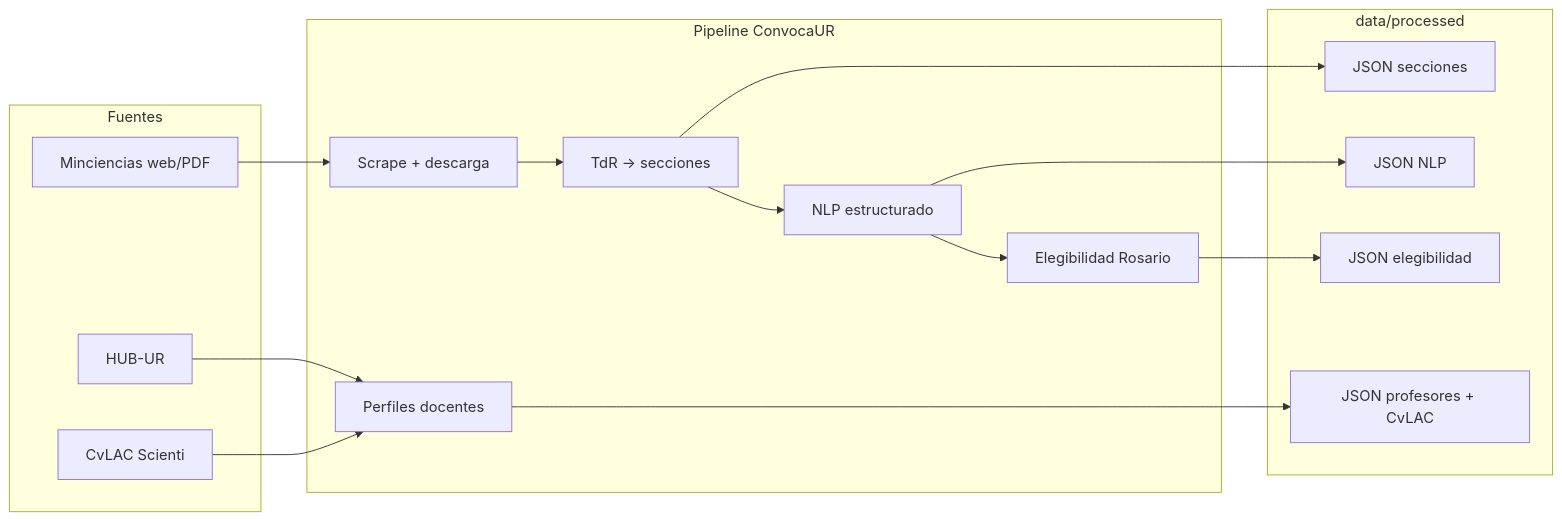
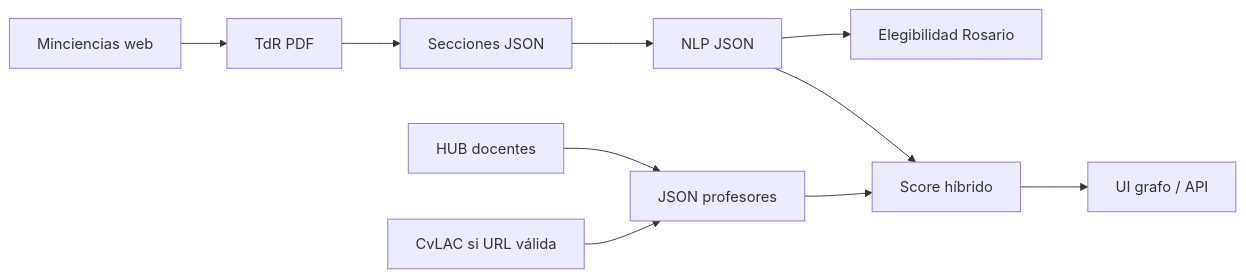
The second of 2 diagrams in README.md (WhiterBy1/convocaur), drawn with Mermaid before and after one commit. The commit also changed other lines of this file and 1 other file, not shown here.

````diff
--- a/README.md
+++ b/README.md
@@ -26,31 +174,12 @@
 ```mermaid
 flowchart LR
-  subgraph fuentes [Fuentes]
-    M[Minciencias web/PDF]
-    H[HUB-UR]
-    C[CvLAC Scienti]
-  end
-
-  subgraph pipeline [Pipeline ConvocaUR]
-    S[Scrape + descarga]
-    T[TdR → secciones]
-    N[NLP estructurado]
-    E[Elegibilidad Rosario]
-    P[Perfiles docentes]
-  end
-
-  subgraph salidas [data/processed]
-    J1[JSON secciones]
-    J2[JSON NLP]
-    J3[JSON elegibilidad]
-    D[JSON profesores + CvLAC]
-  end
-
-  M --> S --> T --> N --> E
-  H --> P
-  C --> P
-  T --> J1
-  N --> J2
-  E --> J3
-  P --> D
+  W[Minciencias web] --> PDF[TdR PDF]
+  PDF --> SEC[Secciones JSON]
+  SEC --> NLP[NLP JSON]
+  NLP --> EL[Elegibilidad Rosario]
+  HUB[HUB docentes] --> PROF[JSON profesores]
+  CV[CvLAC si URL válida] --> PROF
+  NLP --> MATCH[Score híbrido]
+  PROF --> MATCH
+  MATCH --> UI[UI grafo / API]
 ```
````
